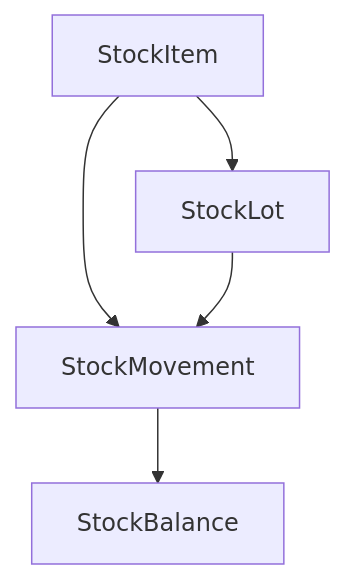
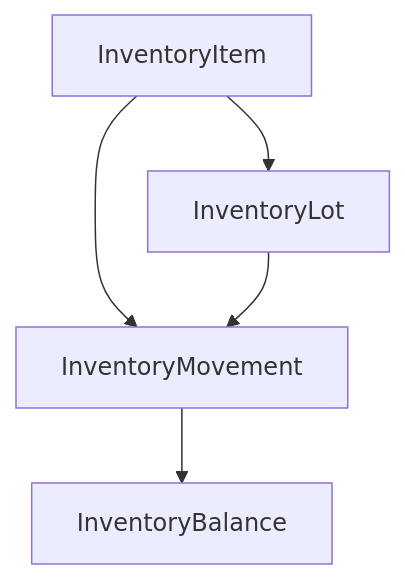
Before and after one commit to AlbertoVilar/caprigestor-backend: the diagram in docs/02-modules/INVENTORY_MODULE.md, drawn with Mermaid. The commit also changed other lines of this file and 2 other files, not shown here.

Commit message:
docs(inventory): padroniza blueprint e contratos do modulo

````diff
--- a/docs/02-modules/INVENTORY_MODULE.md
+++ b/docs/02-modules/INVENTORY_MODULE.md
@@ -34,7 +36,7 @@
 ```mermaid
 graph TD
-    Item[StockItem] --> Lot[StockLot]
-    Item --> Movement[StockMovement]
+    Item[InventoryItem] --> Lot[InventoryLot]
+    Item --> Movement[InventoryMovement]
     Lot --> Movement
-    Movement --> Balance[StockBalance]
+    Movement --> Balance[InventoryBalance]
 ```
````
